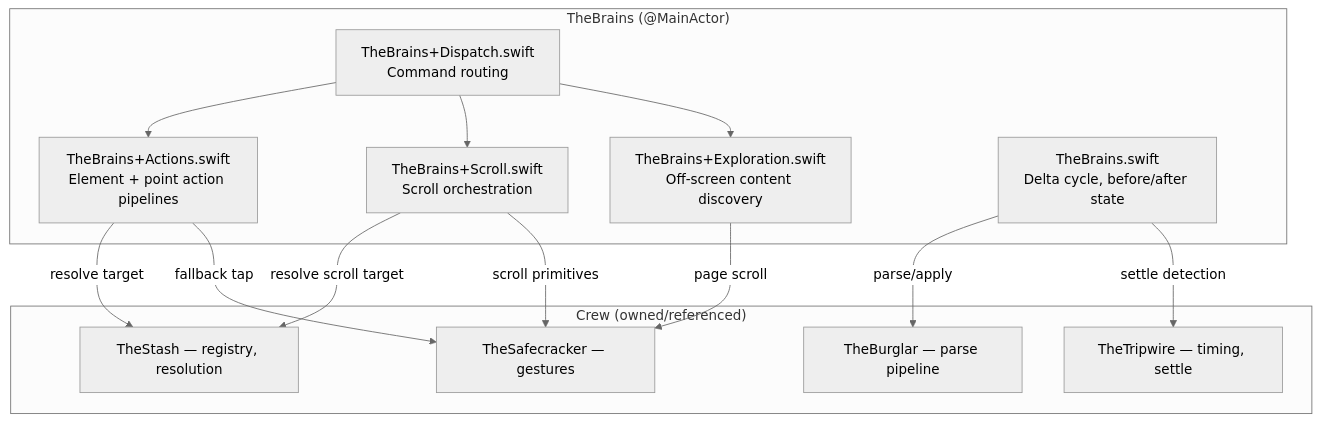
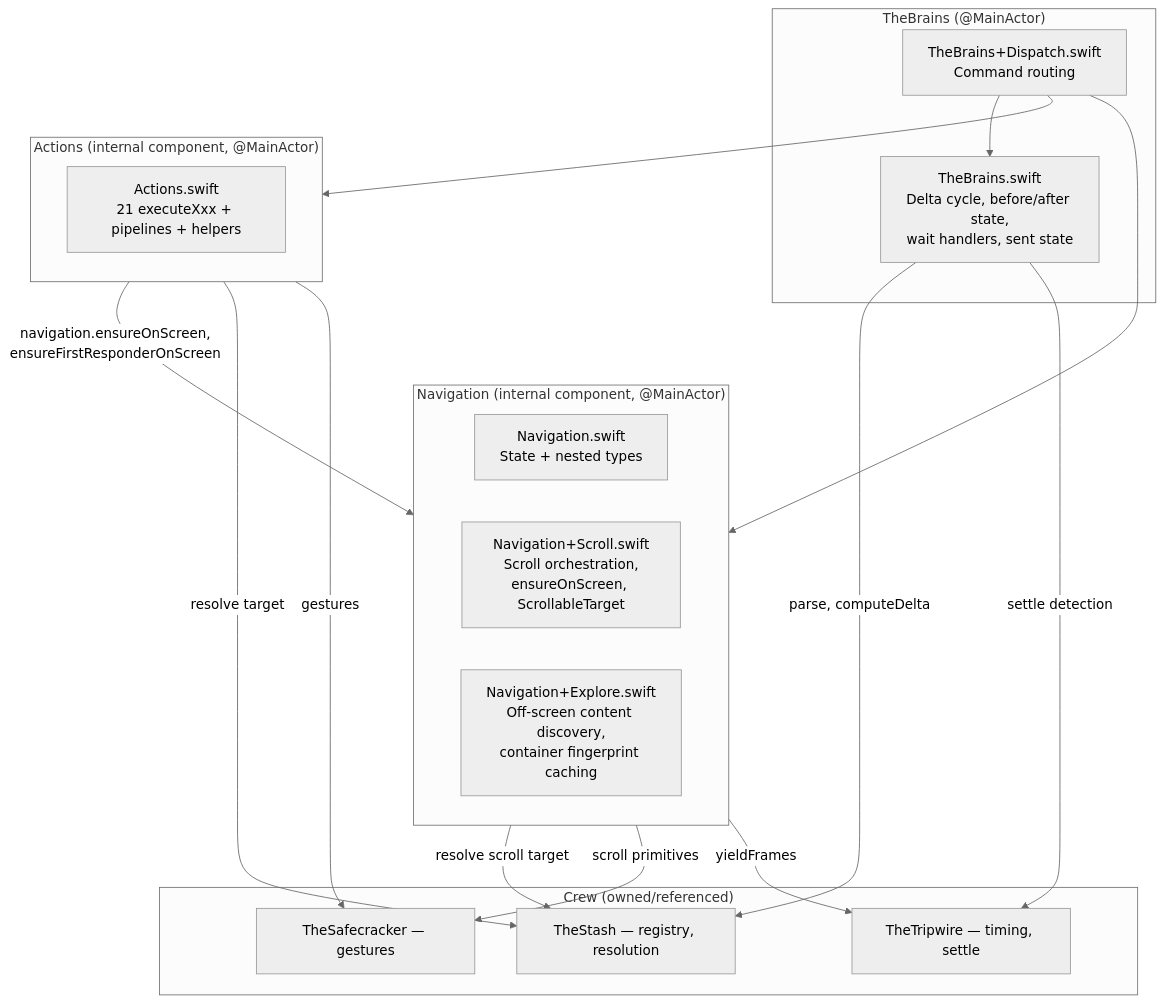
Before and after one commit to RoyalPineapple/TheButtonHeist: the first of 3 diagrams in docs/dossiers/13-THEBRAINS.md, drawn with Mermaid (neutral theme). The commit also changed other lines of this file and 9 other files, not shown here.

First line of the commit message:
Decompose TheBrains: extract Navigation and Actions

````diff
--- a/docs/dossiers/13-THEBRAINS.md
+++ b/docs/dossiers/13-THEBRAINS.md
@@ -24,28 +33,35 @@
 ```mermaid
 graph TD
     subgraph TheBrains["TheBrains (@MainActor)"]
         Dispatch["TheBrains+Dispatch.swift<br/>Command routing"]
-        Actions["TheBrains+Actions.swift<br/>Element + point action pipelines"]
-        Scroll["TheBrains+Scroll.swift<br/>Scroll orchestration"]
-        Explore["TheBrains+Exploration.swift<br/>Off-screen content discovery"]
-        Core["TheBrains.swift<br/>Delta cycle, before/after state"]
+        Core["TheBrains.swift<br/>Delta cycle, before/after state,<br/>wait handlers, sent state"]
+    end
+
+    subgraph Navigation["Navigation (internal component, @MainActor)"]
+        NavCore["Navigation.swift<br/>State + nested types"]
+        NavScroll["Navigation+Scroll.swift<br/>Scroll orchestration,<br/>ensureOnScreen, ScrollableTarget"]
+        NavExplore["Navigation+Explore.swift<br/>Off-screen content discovery,<br/>container fingerprint caching"]
+    end
+
+    subgraph Actions["Actions (internal component, @MainActor)"]
+        ActCore["Actions.swift<br/>21 executeXxx + pipelines + helpers"]
     end
 
     subgraph Crew["Crew (owned/referenced)"]
         Stash["TheStash — registry, resolution"]
-        Burglar["TheBurglar — parse pipeline"]
         Safecracker["TheSafecracker — gestures"]
         Tripwire["TheTripwire — timing, settle"]
     end
 
     Dispatch --> Actions
-    Dispatch --> Scroll
-    Dispatch --> Explore
+    Dispatch --> Navigation
+    Dispatch --> Core
+    Actions -->|"navigation.ensureOnScreen,<br/>ensureFirstResponderOnScreen"| Navigation
     Actions -->|"resolve target"| Stash
-    Actions -->|"fallback tap"| Safecracker
-    Scroll -->|"resolve scroll target"| Stash
-    Scroll -->|"scroll primitives"| Safecracker
-    Core -->|"parse/apply"| Burglar
+    Actions -->|"gestures"| Safecracker
+    Navigation -->|"resolve scroll target"| Stash
+    Navigation -->|"scroll primitives"| Safecracker
+    Navigation -->|"yieldFrames"| Tripwire
+    Core -->|"parse, computeDelta"| Stash
     Core -->|"settle detection"| Tripwire
-    Explore -->|"page scroll"| Safecracker
 ```
````
